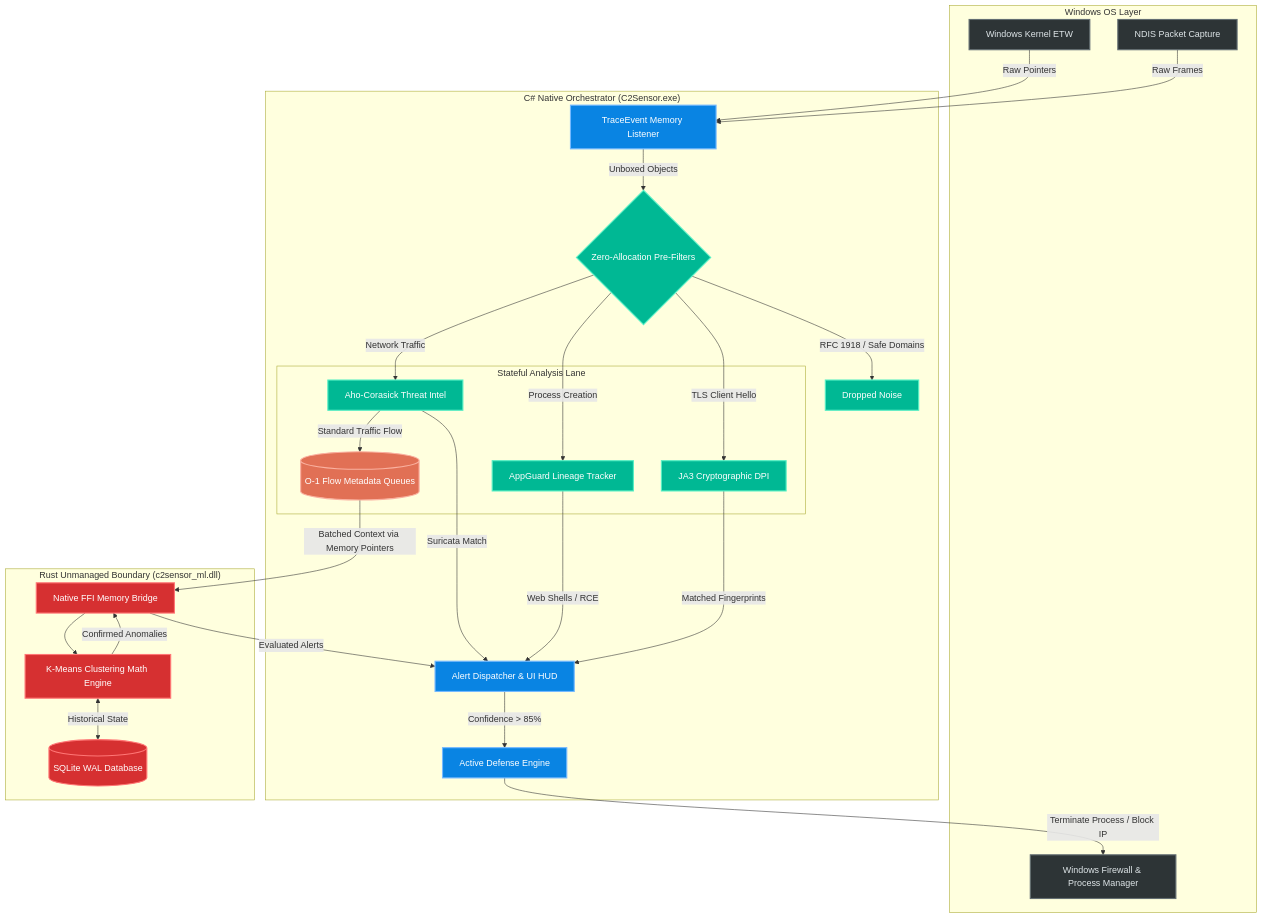
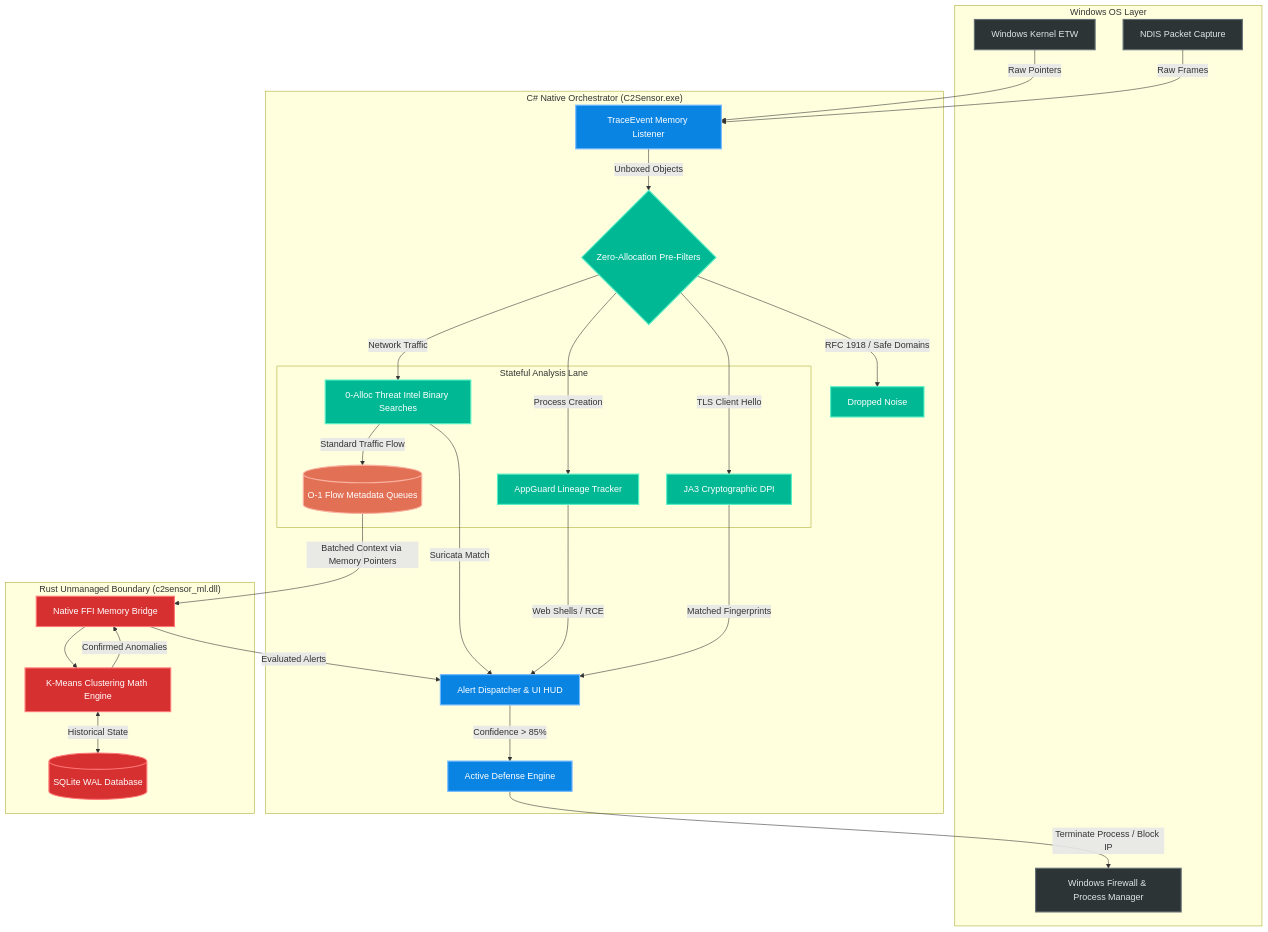
The second of 2 diagrams in windows/c2_detection_toolkit/readme.md (robert-iw3/cache), drawn with Mermaid before and after one commit. The commit also changed other lines of this file and 9 other files, not shown here.

Commit message:
dev: replaced aho-corasick with 0-alloc binary searches (-55% ram), revised ml/ueba engine for long sleep beacons (APT tradecraft), improved FFI math

````diff
--- a/windows/c2_detection_toolkit/readme.md
+++ b/windows/c2_detection_toolkit/readme.md
@@ -189,71 +189,71 @@
 ```mermaid
 graph TD
     subgraph OS["Windows OS Layer"]
         ETW[Windows Kernel ETW]
         NDIS[NDIS Packet Capture]
         FW[Windows Firewall & Process Manager]
     end
 
     subgraph CSharp["C# Native Orchestrator (C2Sensor.exe)"]
         Trace[TraceEvent Memory Listener]
         PreFilter{Zero-Allocation Pre-Filters}
         Drop[Dropped Noise]
-        
+
         subgraph Analysis["Stateful Analysis Lane"]
-            AC[Aho-Corasick Threat Intel]
+            AC[0-Alloc Threat Intel Binary Searches]
             AppGuard[AppGuard Lineage Tracker]
             JA3[JA3 Cryptographic DPI]
             FlowQ[(O-1 Flow Metadata Queues)]
         end
 
         Alerts[Alert Dispatcher & UI HUD]
         Defense[Active Defense Engine]
     end
 
     subgraph Rust["Rust Unmanaged Boundary (c2sensor_ml.dll)"]
         FFI[Native FFI Memory Bridge]
         ML[K-Means Clustering Math Engine]
         DB[(SQLite WAL Database)]
     end
 
     %% Data Flow - Ingestion
     ETW -->|Raw Pointers| Trace
     NDIS -->|Raw Frames| Trace
     Trace -->|Unboxed Objects| PreFilter
-    
+
     %% Filtering
     PreFilter -->|RFC 1918 / Safe Domains| Drop
     PreFilter -->|Network Traffic| AC
     PreFilter -->|Process Creation| AppGuard
     PreFilter -->|TLS Client Hello| JA3
 
     %% Direct Heuristics to Alerts
     AC -->|Suricata Match| Alerts
     AppGuard -->|Web Shells / RCE| Alerts
     JA3 -->|Matched Fingerprints| Alerts
 
     %% Stateful Math Lane
     AC -->|Standard Traffic Flow| FlowQ
     FlowQ -->|Batched Context via Memory Pointers| FFI
     FFI --> ML
     ML <-->|Historical State| DB
     ML -->|Confirmed Anomalies| FFI
     FFI -->|Evaluated Alerts| Alerts
 
     %% Execution Lane
     Alerts -->|Confidence > 85%| Defense
     Defense -->|Terminate Process / Block IP| FW
 
     %% Styling
     classDef os fill:#2d3436,stroke:#636e72,stroke-width:2px,color:#dfe6e9;
     classDef csharp fill:#0984e3,stroke:#74b9ff,stroke-width:2px,color:#ffffff;
     classDef rust fill:#d63031,stroke:#ff7675,stroke-width:2px,color:#ffffff;
     classDef queue fill:#e17055,stroke:#fab1a0,stroke-width:2px,color:#ffffff;
     classDef filter fill:#00b894,stroke:#55efc4,stroke-width:2px,color:#ffffff;
 
     class ETW,NDIS,FW os;
     class Trace,Alerts,Defense csharp;
     class FFI,ML,DB rust;
     class FlowQ queue;
     class PreFilter,Drop,AC,AppGuard,JA3 filter;
 ```
````
